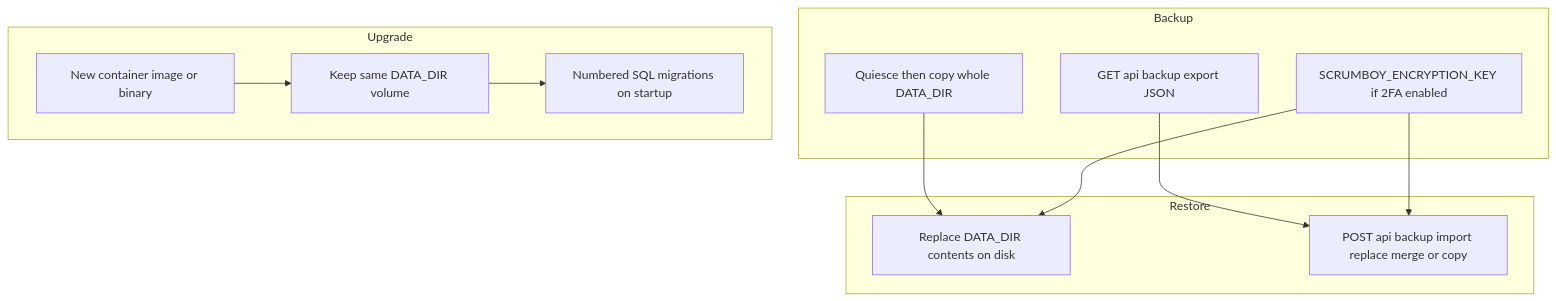
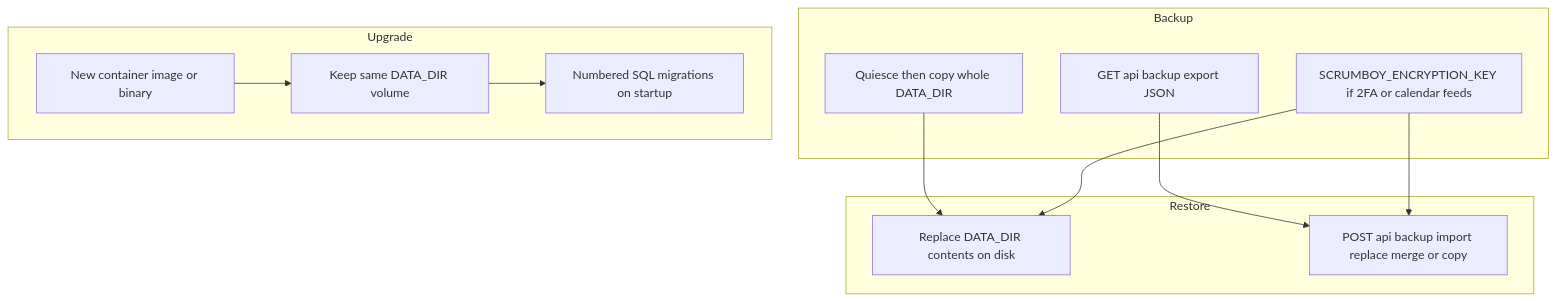
Before and after one commit to 1269/scrumboy: the third of 3 diagrams in docs/diagrams/scrumboy_deployment_ops.md, drawn with Mermaid. The commit also changed other lines of this file and 149 other files, not shown here.

````diff
--- a/docs/diagrams/scrumboy_deployment_ops.md
+++ b/docs/diagrams/scrumboy_deployment_ops.md
@@ -74,25 +74,25 @@
 ```mermaid
 flowchart TB
   subgraph backup [Backup]
     FileCopy[Quiesce then copy whole DATA_DIR]
     Export[GET api backup export JSON]
-    Key[SCRUMBOY_ENCRYPTION_KEY if 2FA enabled]
+    Key[SCRUMBOY_ENCRYPTION_KEY if 2FA or calendar feeds]
   end
 
   subgraph restore [Restore]
     Files[Replace DATA_DIR contents on disk]
     Import[POST api backup import replace merge or copy]
   end
 
   subgraph upgrade [Upgrade]
     NewBin[New container image or binary]
     SameData[Keep same DATA_DIR volume]
     AutoMig[Numbered SQL migrations on startup]
   end
 
   FileCopy --> Files
   Export --> Import
   Key --> Files
   Key --> Import
   NewBin --> SameData --> AutoMig
 ```
````
